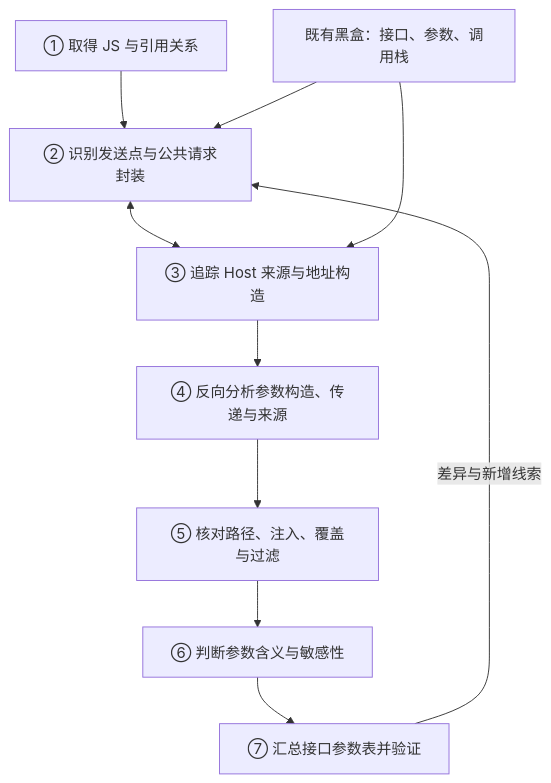
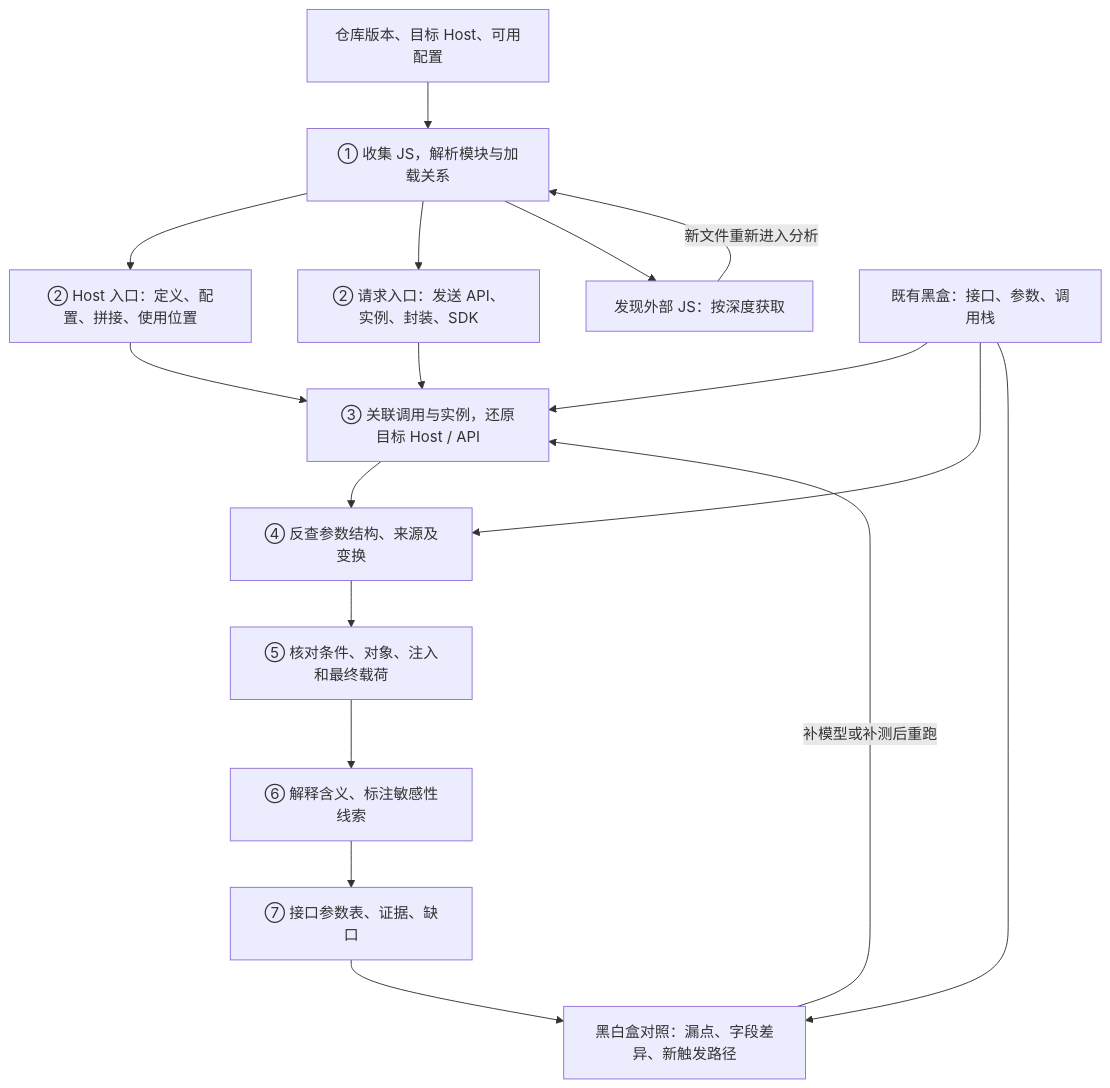
Before and after one commit to luohaijiang789/js-security: the first of 3 diagrams in docs/白盒方案.md, drawn with Mermaid. The commit also changed other lines of this file and 2 other files, not shown here.

````diff
--- a/docs/白盒方案.md
+++ b/docs/白盒方案.md
@@ -9,12 +20,19 @@
 ```mermaid
 flowchart TD
-    A["① 取得 JS 与引用关系"] --> B["② 识别发送点与公共请求封装"]
-    B <--> C["③ 追踪 Host 来源与地址构造"]
-    C --> D["④ 反向分析参数构造、传递与来源"]
-    D --> E["⑤ 核对路径、注入、覆盖与过滤"]
-    E --> F["⑥ 判断参数含义与敏感性"]
-    F --> G["⑦ 汇总接口参数表并验证"]
-    H["既有黑盒：接口、参数、调用栈"] --> B
-    H --> C
-    G -->|"差异与新增线索"| B
+    I["仓库版本、目标 Host、可用配置"] --> A["① 收集 JS，解析模块与加载关系"]
+    A --> H["② Host 入口：定义、配置、拼接、使用位置"]
+    A --> S["② 请求入口：发送 API、实例、封装、SDK"]
+    H --> E["③ 关联调用与实例，还原目标 Host / API"]
+    S --> E
+    E --> P["④ 反查参数结构、来源及变换"]
+    P --> V["⑤ 核对条件、对象、注入和最终载荷"]
+    V --> M["⑥ 解释含义、标注敏感性线索"]
+    M --> O["⑦ 接口参数表、证据、缺口"]
+    A --> J["发现外部 JS：按深度获取"]
+    J -->|"新文件重新进入分析"| A
+    B["既有黑盒：接口、参数、调用栈"] --> E
+    B --> P
+    O --> D["黑白盒对照：漏点、字段差异、新触发路径"]
+    B --> D
+    D -->|"补模型或补测后重跑"| E
 ```
````
